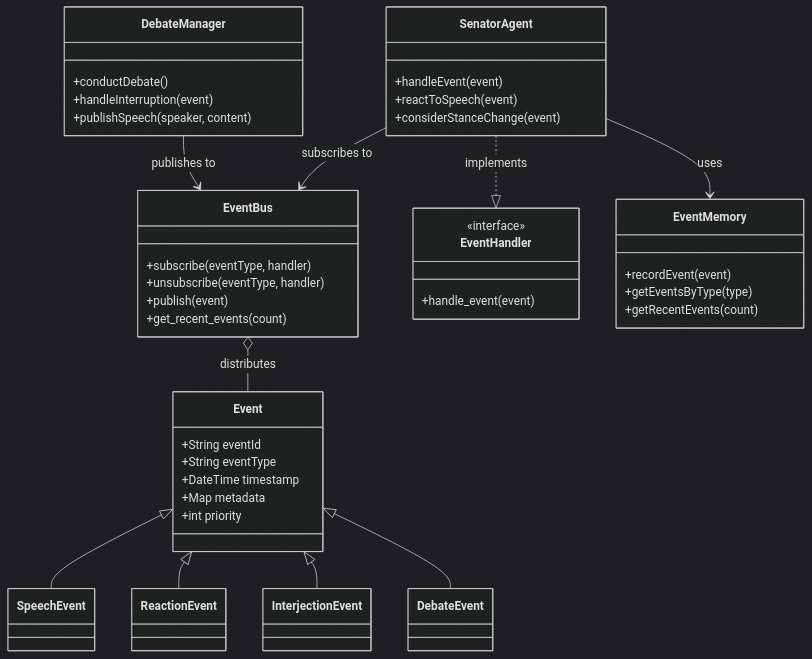
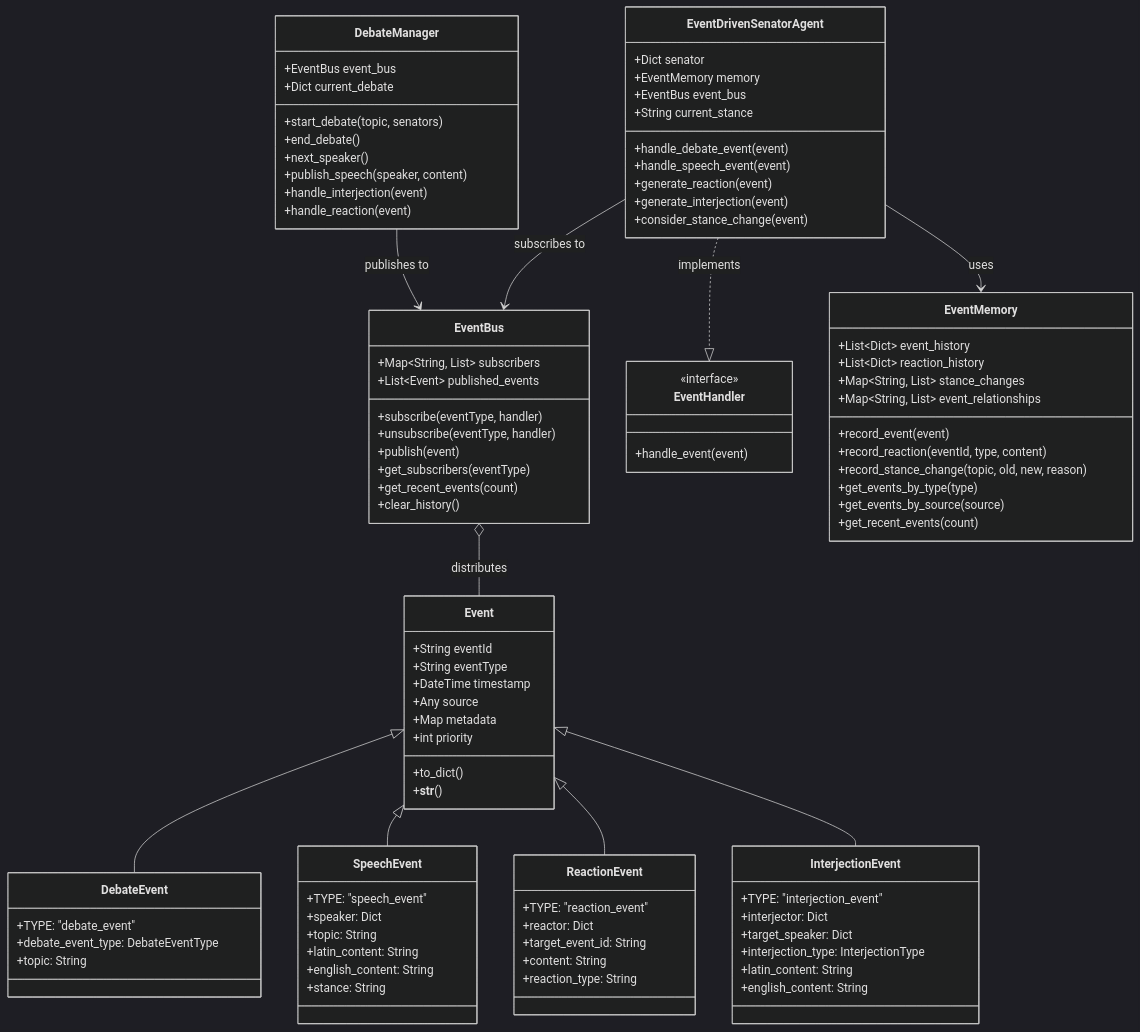
Before and after one commit to ianlintner/forum: the first of 3 diagrams in docs/event_system/README.md, drawn with Mermaid (dark theme). The commit also changed other lines of this file and 11 other files, not shown here.

````diff
--- a/docs/event_system/README.md
+++ b/docs/event_system/README.md
@@ -77,15 +88,22 @@
         +String eventId
         +String eventType
         +DateTime timestamp
+        +Any source
         +Map metadata
         +int priority
+        +to_dict()
+        +__str__()
     }
     
     class EventBus {
+        +Map~String, List~ subscribers
+        +List~Event~ published_events
         +subscribe(eventType, handler)
         +unsubscribe(eventType, handler)
         +publish(event)
+        +get_subscribers(eventType)
         +get_recent_events(count)
+        +clear_history()
     }
     
     class EventHandler {
@@ -93,32 +111,82 @@
         +handle_event(event)
     }
     
-    class SenatorAgent {
-        +handleEvent(event)
-        +reactToSpeech(event)
-        +considerStanceChange(event)
+    class EventDrivenSenatorAgent {
+        +Dict senator
+        +EventMemory memory
+        +EventBus event_bus
+        +String current_stance
+        +handle_debate_event(event)
+        +handle_speech_event(event)
+        +generate_reaction(event)
+        +generate_interjection(event)
+        +consider_stance_change(event)
     }
     
     class DebateManager {
-        +conductDebate()
-        +handleInterruption(event)
-        +publishSpeech(speaker, content)
+        +EventBus event_bus
+        +Dict current_debate
+        +start_debate(topic, senators)
+        +end_debate()
+        +next_speaker()
+        +publish_speech(speaker, content)
+        +handle_interjection(event)
+        +handle_reaction(event)
     }
     
     class EventMemory {
-        +recordEvent(event)
-        +getEventsByType(type)
-        +getRecentEvents(count)
+        +List~Dict~ event_history
+        +List~Dict~ reaction_history
+        +Map~String, List~ stance_changes
+        +Map~String, List~ event_relationships
+        +record_event(event)
+        +record_reaction(eventId, type, content)
+        +record_stance_change(topic, old, new, reason)
+        +get_events_by_type(type)
+        +get_events_by_source(source)
+        +get_recent_events(count)
     }
     
+    class DebateEvent {
+        +TYPE: "debate_event"
+        +debate_event_type: DebateEventType
+        +topic: String
+    }
+    
+    class SpeechEvent {
+        +TYPE: "speech_event"
+        +speaker: Dict
+        +topic: String
+        +latin_content: String
+        +english_content: String
+        +stance: String
+    }
+    
+    class ReactionEvent {
+        +TYPE: "reaction_event"
+        +reactor: Dict
+        +target_event_id: String
+        +content: String
+        +reaction_type: String
+    }
+    
+    class InterjectionEvent {
+        +TYPE: "interjection_event"
+        +interjector: Dict
+        +target_speaker: Dict
+        +interjection_type: InterjectionType
+        +latin_content: String
+        +english_content: String
+    }
+    
+    Event <|-- DebateEvent
     Event <|-- SpeechEvent
     Event <|-- ReactionEvent
     Event <|-- InterjectionEvent
-    Event <|-- DebateEvent
     
     EventBus o-- Event : distributes
-    SenatorAgent ..|> EventHandler : implements
-    SenatorAgent --> EventBus : subscribes to
-    SenatorAgent --> EventMemory : uses
+    EventDrivenSenatorAgent ..|> EventHandler : implements
+    EventDrivenSenatorAgent --> EventBus : subscribes to
+    EventDrivenSenatorAgent --> EventMemory : uses
     DebateManager --> EventBus : publishes to
 ```
````
